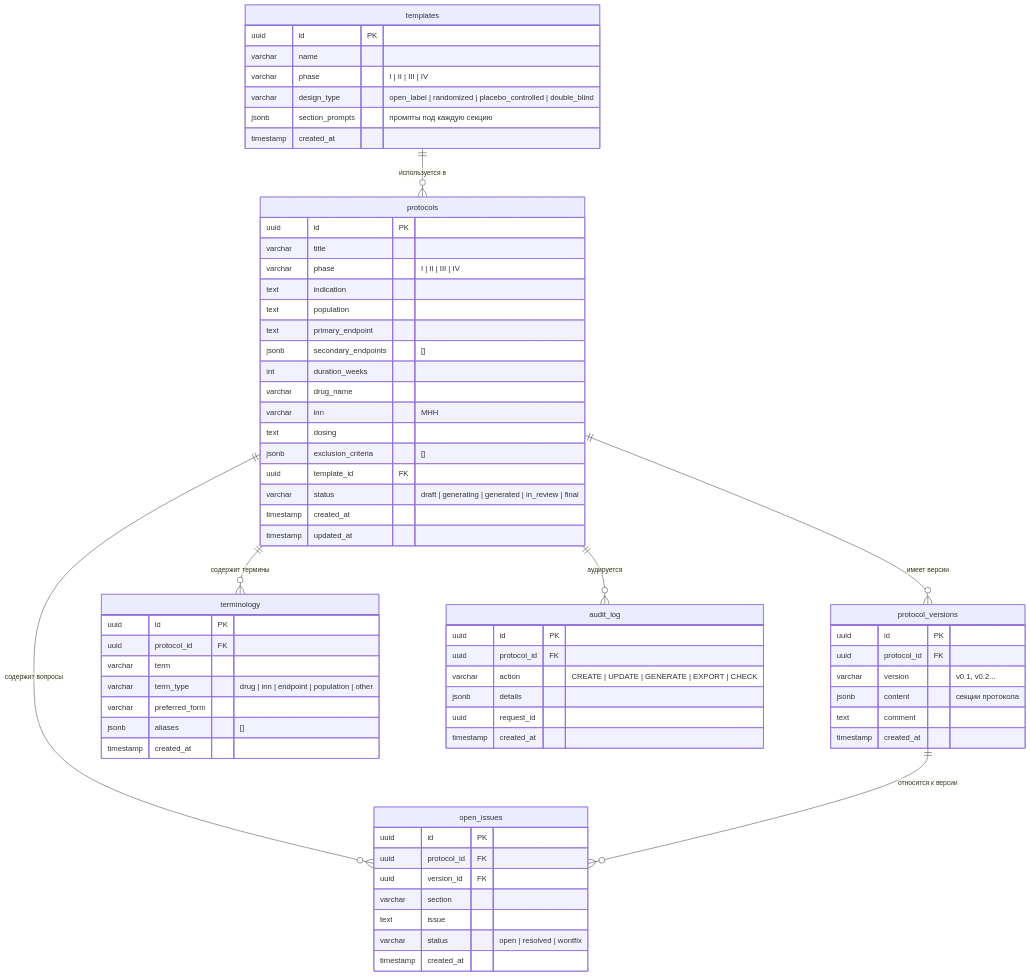
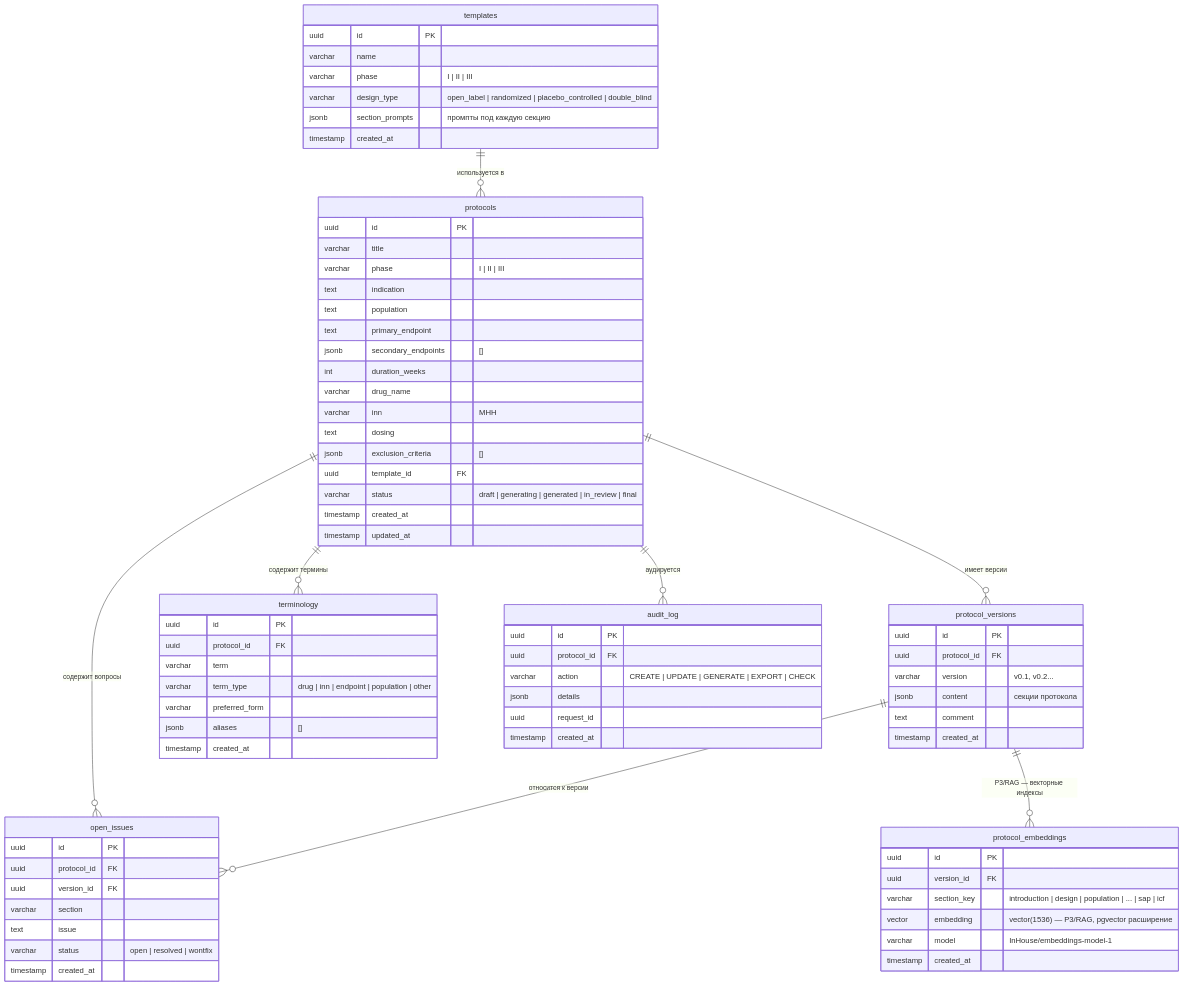
One commit to yaroslavdudchenko-ops/ah changed the diagram in docs/er-diagram.md. Above: the diagram before and after it, drawn with Mermaid. The commit also changed other lines of this file and 7 other files, not shown here.

First line of the commit message:
feat(session-12): Phase IV removal, SAP/ICF fallbacks, export audit, new tests, docs

````diff
--- a/docs/er-diagram.md
+++ b/docs/er-diagram.md
@@ -14,7 +14,7 @@
   templates {
     uuid id PK
     varchar name
-    varchar phase "I | II | III | IV"
+    varchar phase "I | II | III"
     varchar design_type "open_label | randomized | placebo_controlled | double_blind"
     jsonb section_prompts "промпты под каждую секцию"
     timestamp created_at
@@ -23,7 +23,7 @@
   protocols {
     uuid id PK
     varchar title
-    varchar phase "I | II | III | IV"
+    varchar phase "I | II | III"
     text indication
     text population
     text primary_endpoint
@@ -77,10 +77,20 @@
     timestamp created_at
   }
 
+  protocol_embeddings {
+    uuid id PK
+    uuid version_id FK
+    varchar section_key "introduction | design | population | ... | sap | icf"
+    vector embedding "vector(1536) — P3/RAG, pgvector расширение"
+    varchar model "InHouse/embeddings-model-1"
+    timestamp created_at
+  }
+
   templates ||--o{ protocols : "используется в"
   protocols ||--o{ protocol_versions : "имеет версии"
   protocols ||--o{ terminology : "содержит термины"
   protocols ||--o{ open_issues : "содержит вопросы"
   protocols ||--o{ audit_log : "аудируется"
   protocol_versions ||--o{ open_issues : "относится к версии"
+  protocol_versions ||--o{ protocol_embeddings : "P3/RAG — векторные индексы"
 ```
````
